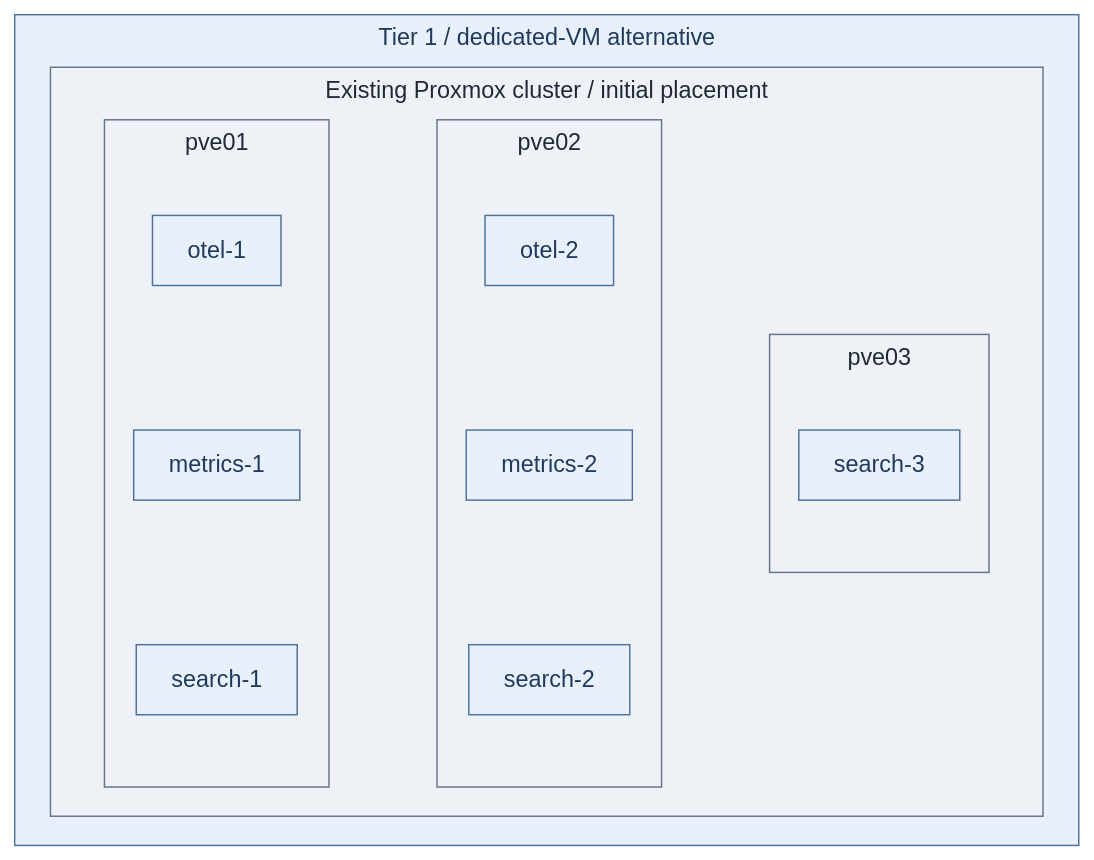
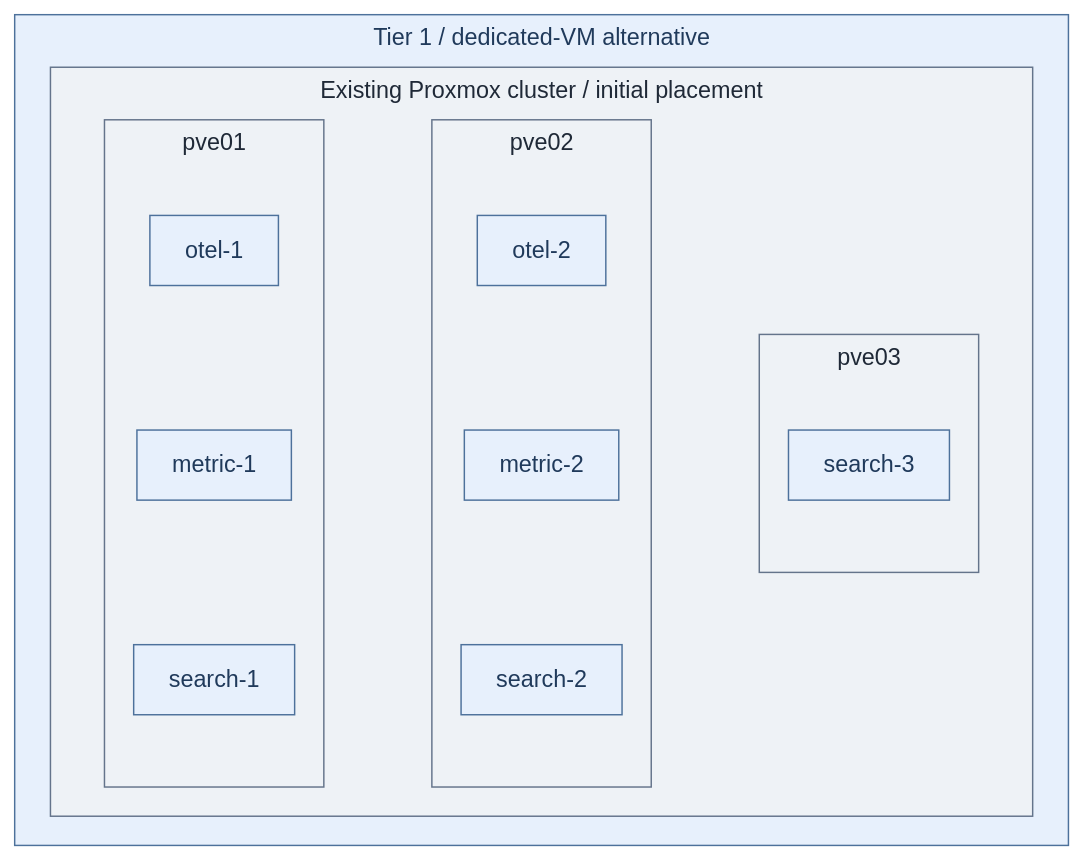
The diagram in docs/deployment/stage-8-observability/step-1b-dedicated-vms.md (Rexus/homelab), drawn with Mermaid before and after one commit. The commit also changed other lines of this file and 78 other files, not shown here.

````diff
--- a/docs/deployment/stage-8-observability/step-1b-dedicated-vms.md
+++ b/docs/deployment/stage-8-observability/step-1b-dedicated-vms.md
@@ -25,32 +25,32 @@
 ```mermaid
 %%{init: {"theme":"base","flowchart":{"nodeSpacing":20,"rankSpacing":24,"padding":12,"subGraphTitleMargin":{"top":4,"bottom":12}},"themeVariables":{"lineColor":"#627581","edgeLabelBackground":"#f8fafc"}}}%%
 flowchart TB
   subgraph T1["Tier 1 / dedicated-VM alternative"]
     subgraph PVE["Existing Proxmox cluster / initial placement"]
       direction LR
       subgraph A["pve01"]
         direction TB
         O1["otel-1"]
-        M1["metrics-1"]
+        M1["metric-1"]
         S1["search-1"]
         O1 ~~~ M1 ~~~ S1
       end
       subgraph B["pve02"]
         direction TB
         O2["otel-2"]
-        M2["metrics-2"]
+        M2["metric-2"]
         S2["search-2"]
         O2 ~~~ M2 ~~~ S2
       end
       subgraph C["pve03"]
         S3["search-3"]
       end
       A ~~~ B ~~~ C
     end
   end
   classDef default fill:#f8fafc,stroke:#64748b,color:#1f2937
   classDef services fill:#e7f0fc,stroke:#4d719b,color:#203a5b
   classDef boundary fill:#eef2f6,stroke:#64748b,color:#1f2937
   class T1,O1,O2,M1,M2,S1,S2,S3 services
   class PVE,A,B,C boundary
 ```
````
